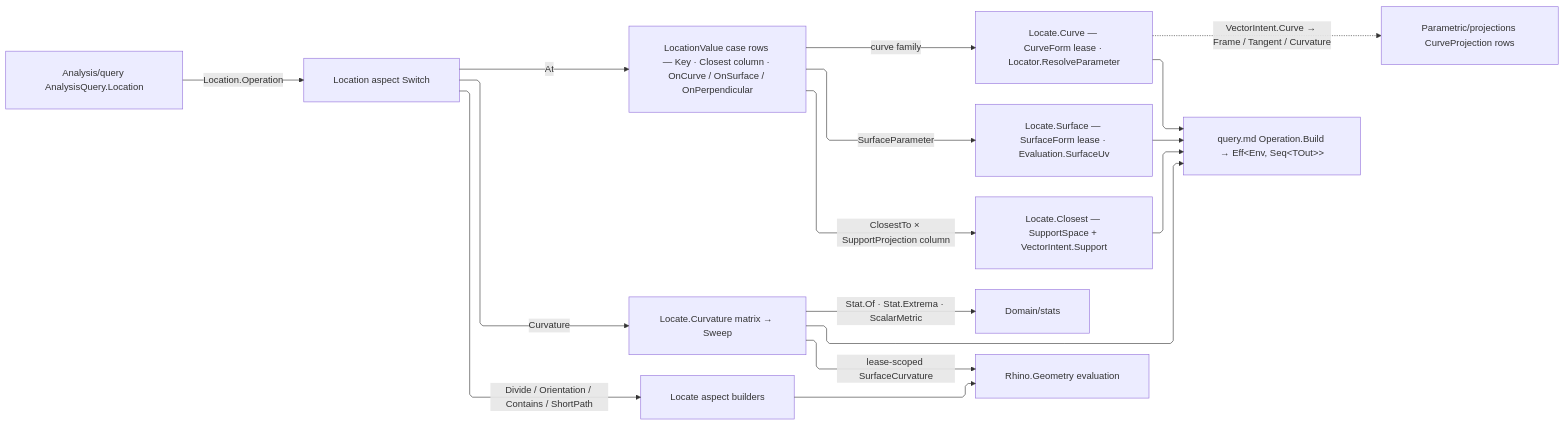
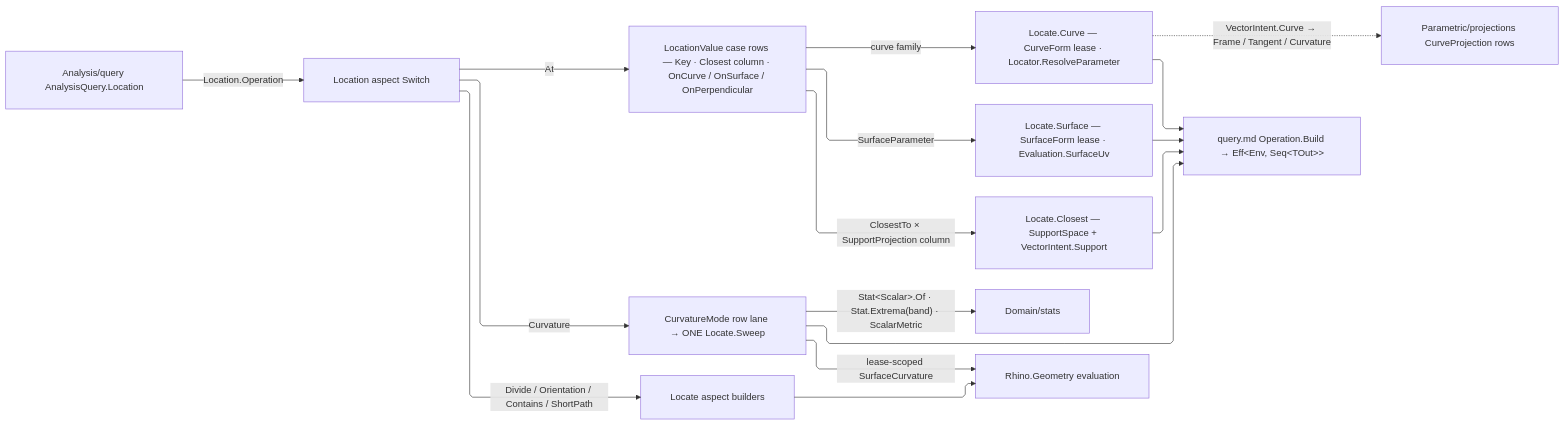
Before and after one commit to bsamiee/Rasm: the diagram in libs/csharp/Rasm/.planning/Parametric/locate.md, drawn with Mermaid. The commit also changed other lines of this file and 818 other files, not shown here.

````diff
--- a/libs/csharp/Rasm/.planning/Parametric/locate.md
+++ b/libs/csharp/Rasm/.planning/Parametric/locate.md
@@ -511,24 +602,24 @@
 ```mermaid
 ---
 config:
   layout: elk
   flowchart:
     curve: linear
     padding: 25
 ---
 flowchart LR
     accTitle: Location operation flow
     accDescr: AnalysisQuery.Location routes aspects through the Locate spine — value rows resolve locator arms, divisions lower to host members, and the curvature sweep folds stations to stats.
     Query["Analysis/query AnalysisQuery.Location"] -->|Location.Operation| Location["Location aspect Switch"]
     Location -->|At| Rows["LocationValue case rows — Key · Closest column · OnCurve / OnSurface / OnPerpendicular"]
-    Location -->|Curvature| Sweep["Locate.Curvature matrix → Sweep"]
+    Location -->|Curvature| Sweep["CurvatureMode row lane → ONE Locate.Sweep"]
     Location -->|Divide / Orientation / Contains / ShortPath| Spine["Locate aspect builders"]
     Rows -->|curve family| CurveArm["Locate.Curve — CurveForm lease · Locator.ResolveParameter"]
     Rows -->|SurfaceParameter| SurfaceArm["Locate.Surface — SurfaceForm lease · Evaluation.SurfaceUv"]
     Rows -->|ClosestTo × SupportProjection column| ClosestArm["Locate.Closest — SupportSpace + VectorIntent.Support"]
     CurveArm -.->|VectorIntent.Curve → Frame / Tangent / Curvature| Projections["Parametric/projections CurveProjection rows"]
-    Sweep -->|Stat.Of · Stat.Extrema · ScalarMetric| Stats["Domain/stats"]
+    Sweep -->|"Stat&lt;Scalar&gt;.Of · Stat.Extrema(band) · ScalarMetric"| Stats["Domain/stats"]
     Sweep -->|lease-scoped SurfaceCurvature| Rhino["Rhino.Geometry evaluation"]
     Spine --> Rhino
     CurveArm & SurfaceArm & ClosestArm & Sweep --> Runtime["query.md Operation.Build → Eff&lt;Env, Seq&lt;TOut&gt;&gt;"]
 ```
````
